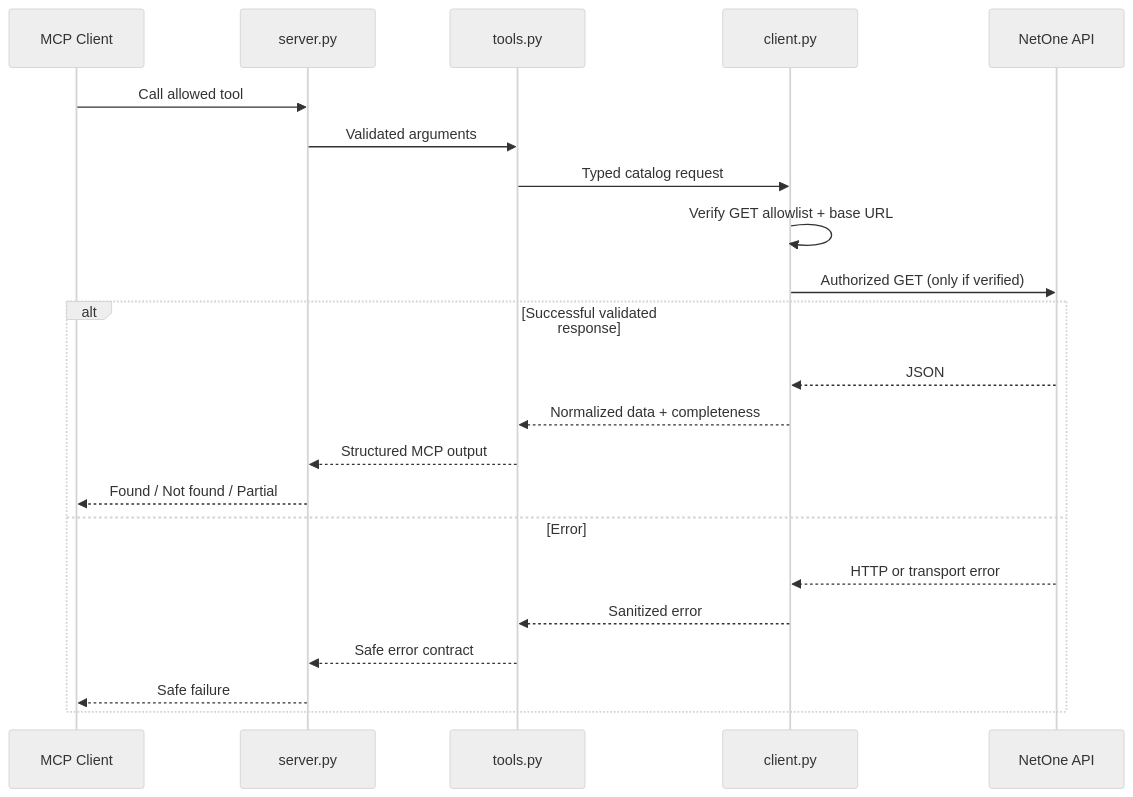
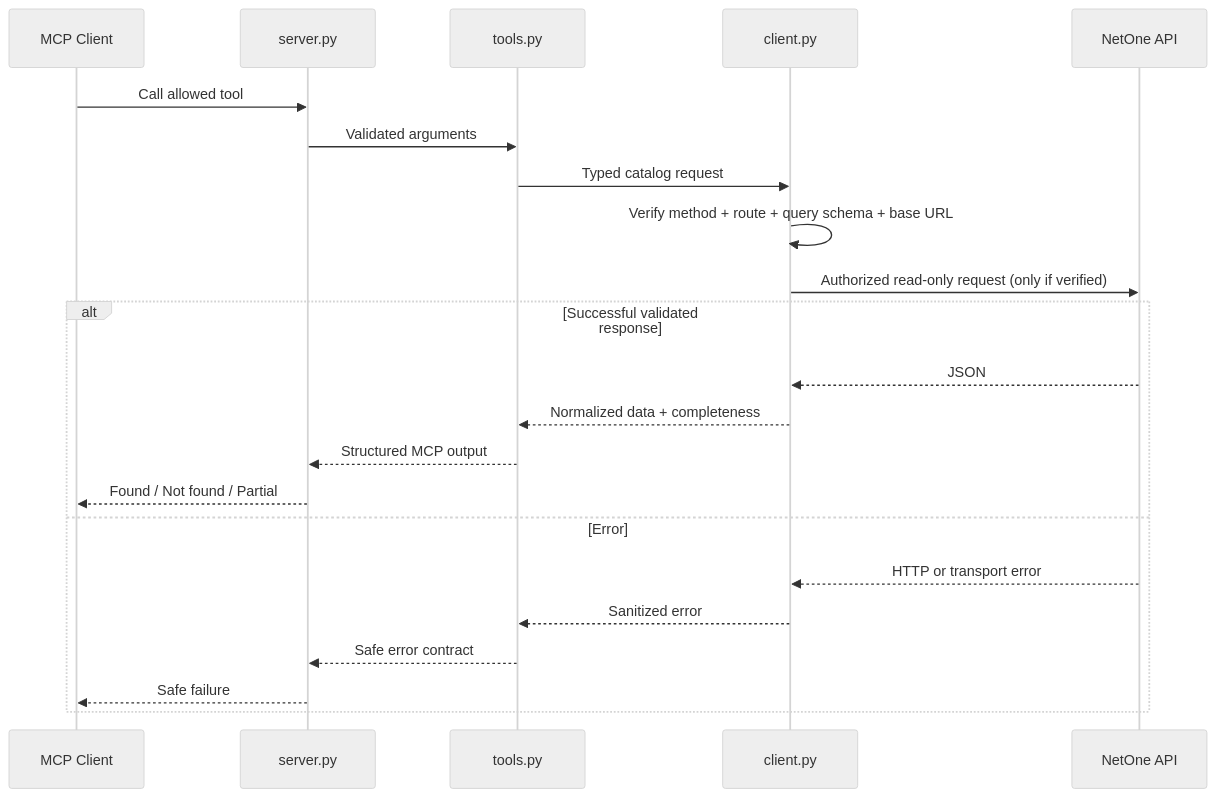
The second of 5 diagrams in PRD.md (Felps0156/netone-mcp), drawn with Mermaid (neutral theme) before and after one commit. The commit also changed other lines of this file and 4 other files, not shown here.

````diff
--- a/PRD.md
+++ b/PRD.md
@@ -276,24 +279,24 @@
 ```mermaid
 sequenceDiagram
     participant M as MCP Client
     participant S as server.py
     participant T as tools.py
     participant C as client.py
     participant N as NetOne API
     M->>S: Call allowed tool
     S->>T: Validated arguments
     T->>C: Typed catalog request
-    C->>C: Verify GET allowlist + base URL
-    C->>N: Authorized GET (only if verified)
+    C->>C: Verify method + route + query schema + base URL
+    C->>N: Authorized read-only request (only if verified)
     alt Successful validated response
         N-->>C: JSON
         C-->>T: Normalized data + completeness
         T-->>S: Structured MCP output
         S-->>M: Found / Not found / Partial
     else Error
         N-->>C: HTTP or transport error
         C-->>T: Sanitized error
         T-->>S: Safe error contract
         S-->>M: Safe failure
     end
 ```
````
